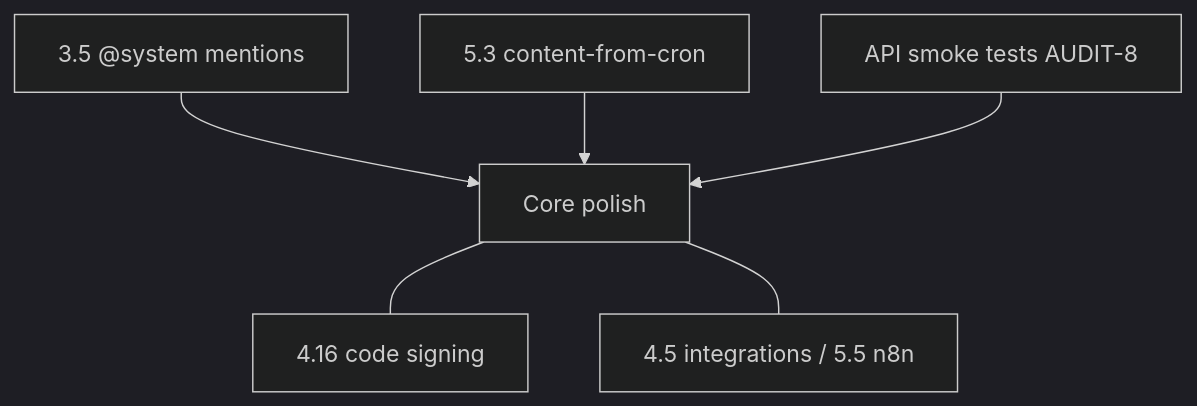
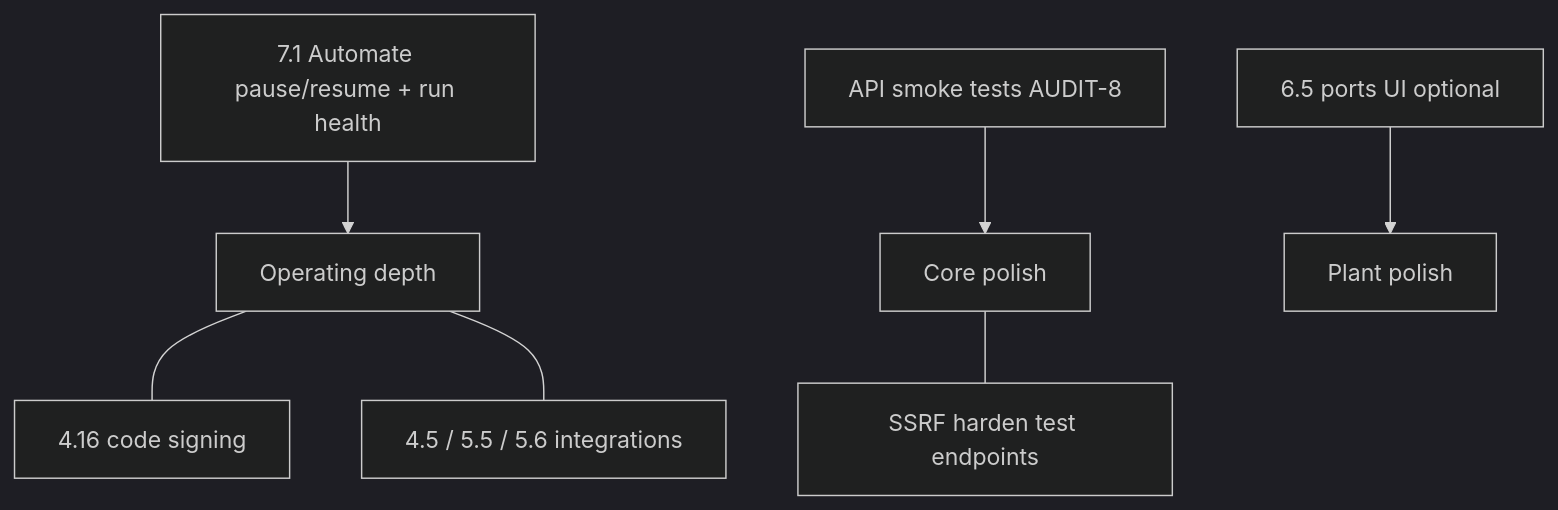
One commit to karmsheel/hermes-forge changed the second of 2 diagrams in docs/references/audit.md. Above: the diagram before and after it, drawn with Mermaid (dark theme). The commit also changed other lines of this file and 1 other file, not shown here.

First line of the commit message:
docs: update backlog and audit after Phase 6 entry and proxy fix

````diff
--- a/docs/references/audit.md
+++ b/docs/references/audit.md
@@ -188,8 +200,9 @@
 ```mermaid
 flowchart TD
-  P35["3.5 @system mentions"] --> Core["Core polish"]
-  P53["5.3 content-from-cron"] --> Core
-  P8["API smoke tests AUDIT-8"] --> Core
-  Core --- C1["4.16 code signing"]
-  Core --- C2["4.5 integrations / 5.5 n8n"]
+  P71["7.1 Automate pause/resume + run health"] --> Ops["Operating depth"]
+  P8["API smoke tests AUDIT-8"] --> Core["Core polish"]
+  P65["6.5 ports UI optional"] --> Polish["Plant polish"]
+  Ops --- C1["4.16 code signing"]
+  Ops --- C2["4.5 / 5.5 / 5.6 integrations"]
+  Core --- SSRF["SSRF harden test endpoints"]
 ```
````
